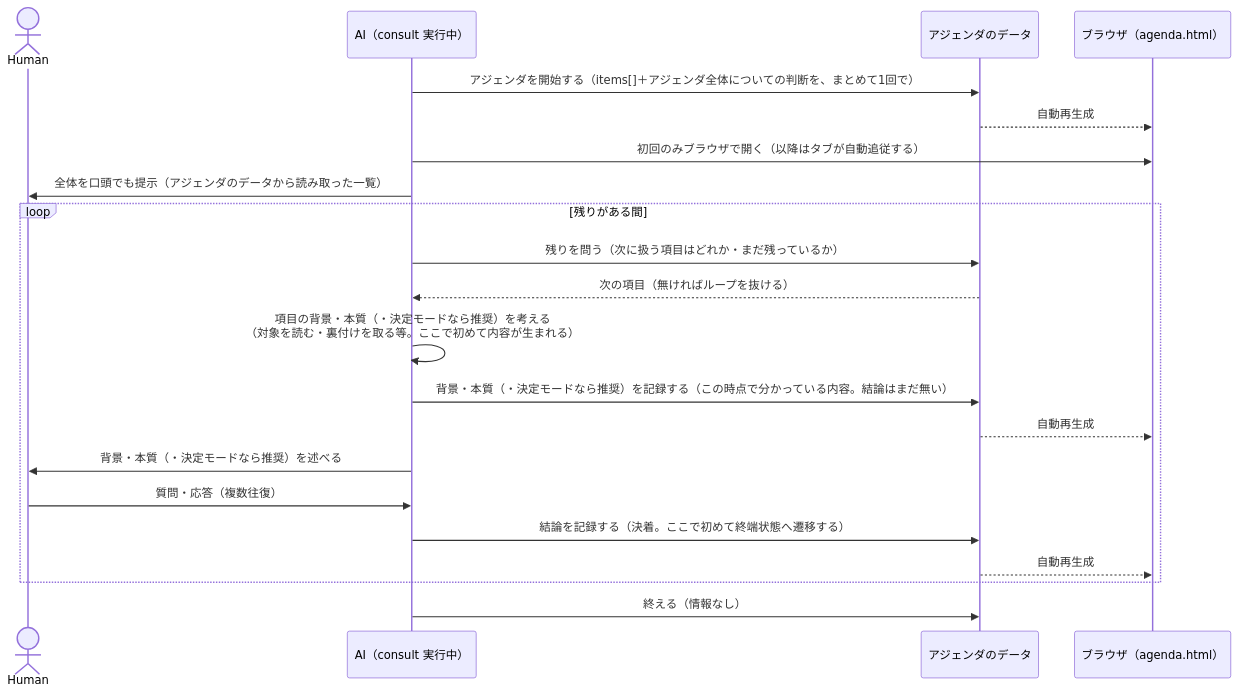
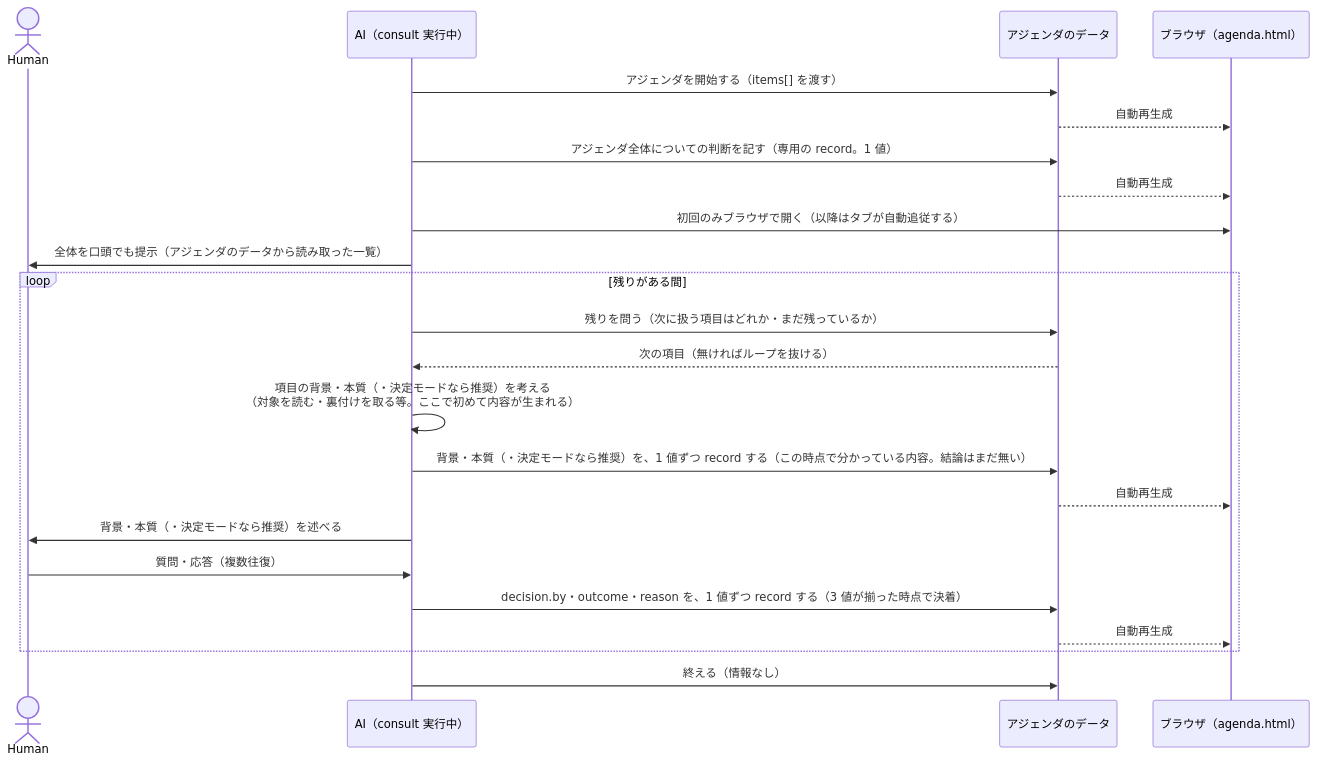
Before and after one commit to BlueEventHorizon/bw-cc-plugins: the third of 3 diagrams in docs/specs/consult/design/DES-078_consult_dialogue_flow_design.md, drawn with Mermaid. The commit also changed other lines of this file and 15 other files, not shown here.

````diff
--- a/docs/specs/consult/design/DES-078_consult_dialogue_flow_design.md
+++ b/docs/specs/consult/design/DES-078_consult_dialogue_flow_design.md
@@ -58,27 +63,29 @@
 ```mermaid
 sequenceDiagram
     actor Human
     participant AI as AI（consult 実行中）
     participant Data as アジェンダのデータ
     participant Browser as ブラウザ（agenda.html）
 
-    AI->>Data: アジェンダを開始する（items[]＋アジェンダ全体についての判断を、まとめて1回で）
+    AI->>Data: アジェンダを開始する（items[] を渡す）
+    Data-->>Browser: 自動再生成
+    AI->>Data: アジェンダ全体についての判断を記す（専用の record。1 値）
     Data-->>Browser: 自動再生成
     AI->>Browser: 初回のみブラウザで開く（以降はタブが自動追従する）
     AI->>Human: 全体を口頭でも提示（アジェンダのデータから読み取った一覧）
 
     loop 残りがある間
         AI->>Data: 残りを問う（次に扱う項目はどれか・まだ残っているか）
         Data-->>AI: 次の項目（無ければループを抜ける）
 
         AI->>AI: 項目の背景・本質（・決定モードなら推奨）を考える<br/>（対象を読む・裏付けを取る等。ここで初めて内容が生まれる）
-        AI->>Data: 背景・本質（・決定モードなら推奨）を記録する（この時点で分かっている内容。結論はまだ無い）
+        AI->>Data: 背景・本質（・決定モードなら推奨）を、1 値ずつ record する（この時点で分かっている内容。結論はまだ無い）
         Data-->>Browser: 自動再生成
         AI->>Human: 背景・本質（・決定モードなら推奨）を述べる
         Human->>AI: 質問・応答（複数往復）
-        AI->>Data: 結論を記録する（決着。ここで初めて終端状態へ遷移する）
+        AI->>Data: decision.by・outcome・reason を、1 値ずつ record する（3 値が揃った時点で決着）
         Data-->>Browser: 自動再生成
     end
 
     AI->>Data: 終える（情報なし）
 ```
````
